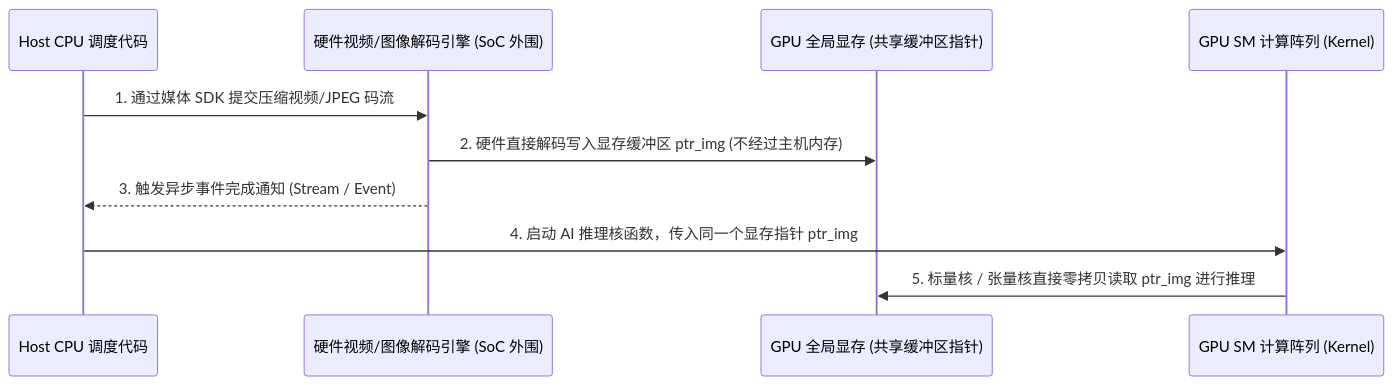
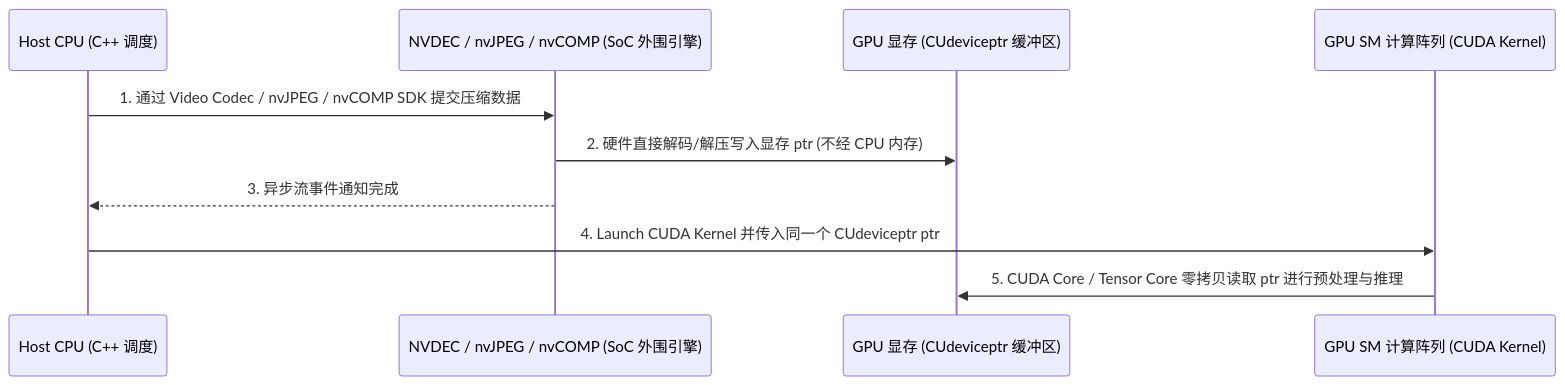
Before and after one commit to hqu-little-boy/blog: the fourth of 7 diagrams in src/content/posts/gpu-heterogeneous-cores-programming-and-tensor-core-architecture-guide.md, drawn with Mermaid. The commit also changed other lines of this file, not shown here.

Commit message:
docs: 恢复 NVIDIA GPU 真实架构、CUDA/PTX/SASS 与官方 API/SDK 完整细节

````diff
--- a/src/content/posts/gpu-heterogeneous-cores-programming-and-tensor-core-architecture-guide.md
+++ b/src/content/posts/gpu-heterogeneous-cores-programming-and-tensor-core-architecture-guide.md
@@ -348,13 +326,13 @@
 ```mermaid
 sequenceDiagram
-    participant Host as Host CPU 调度代码
-    participant VDEC as 硬件视频/图像解码引擎 (SoC 外围)
-    participant VRAM as GPU 全局显存 (共享缓冲区指针)
-    participant SM as GPU SM 计算阵列 (Kernel)
+    participant Host as Host CPU (C++ 调度)
+    participant NVDEC as NVDEC / nvJPEG / nvCOMP (SoC 外围引擎)
+    participant VRAM as GPU 显存 (CUdeviceptr 缓冲区)
+    participant SM as GPU SM 计算阵列 (CUDA Kernel)
 
-    Host->>VDEC: 1. 通过媒体 SDK 提交压缩视频/JPEG 码流
-    VDEC->>VRAM: 2. 硬件直接解码写入显存缓冲区 ptr_img (不经过主机内存)
-    VDEC-->>Host: 3. 触发异步事件完成通知 (Stream / Event)
-    Host->>SM: 4. 启动 AI 推理核函数，传入同一个显存指针 ptr_img
-    SM->>VRAM: 5. 标量核 / 张量核直接零拷贝读取 ptr_img 进行推理
+    Host->>NVDEC: 1. 通过 Video Codec / nvJPEG / nvCOMP SDK 提交压缩数据
+    NVDEC->>VRAM: 2. 硬件直接解码/解压写入显存 ptr (不经 CPU 内存)
+    NVDEC-->>Host: 3. 异步流事件通知完成
+    Host->>SM: 4. Launch CUDA Kernel 并传入同一个 CUdeviceptr ptr
+    SM->>VRAM: 5. CUDA Core / Tensor Core 零拷贝读取 ptr 进行预处理与推理
 ```
````
